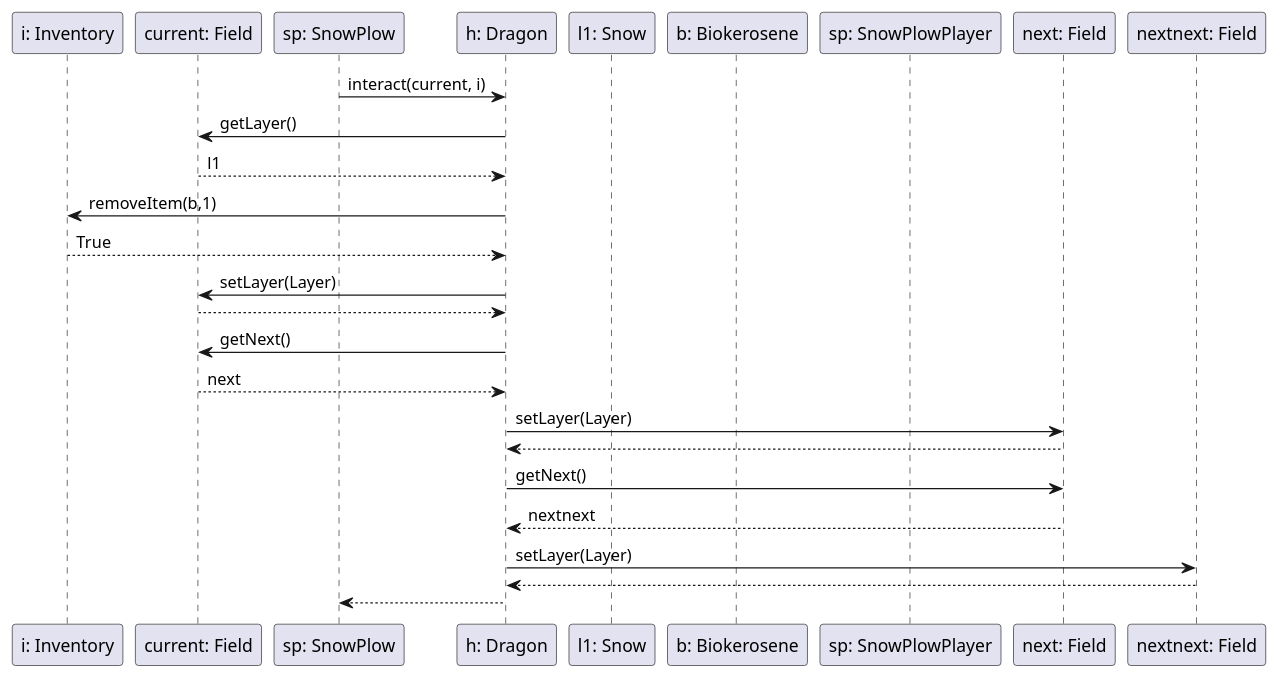
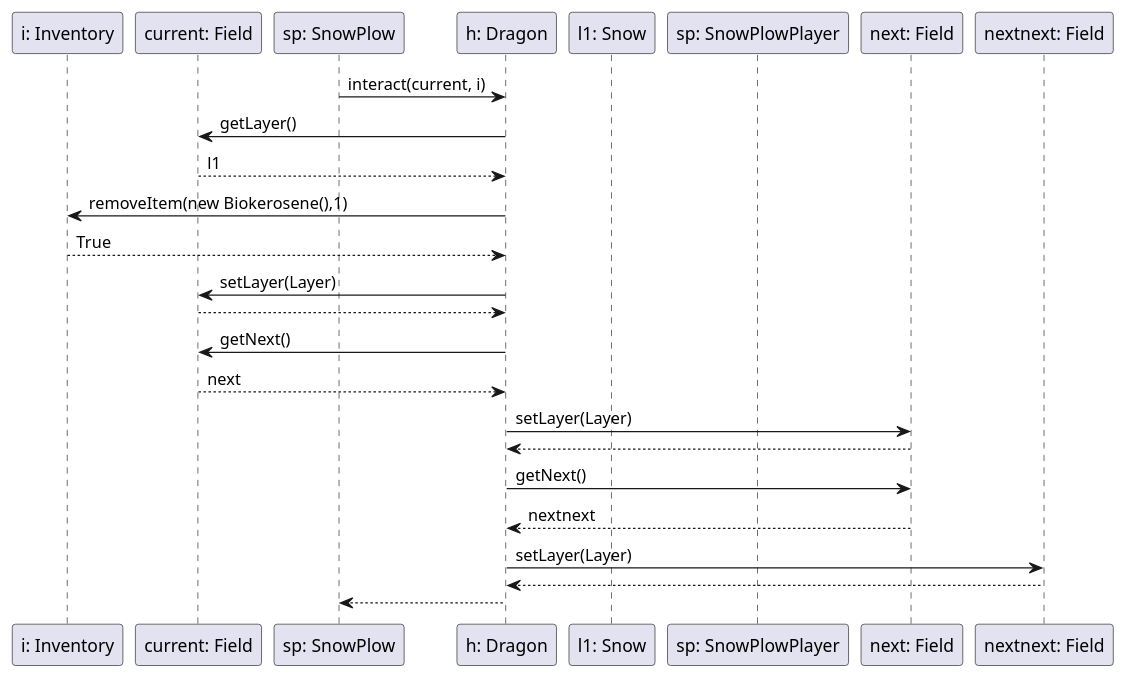
The diagram in docs/analizis1/sequence/dragon_snow_interact.plantuml (uhrinandor/spring), drawn with PlantUML before and after one commit. The commit also changed 7 other files, not shown here.

```diff
--- a/docs/analizis1/sequence/dragon_snow_interact.plantuml
+++ b/docs/analizis1/sequence/dragon_snow_interact.plantuml
@@ -1,29 +1,28 @@
 participant "i: Inventory"
 participant "current: Field"
 participant "sp: SnowPlow"
 participant "h: Dragon"
 participant "l1: Snow"
-participant "b: Biokerosene"
 participant "sp: SnowPlowPlayer"
 participant "next: Field"
 participant "nextnext: Field"
 
 "sp: SnowPlow" -> "h: Dragon": interact(current, i)
 "h: Dragon" -> "current: Field": getLayer()
 "current: Field" --> "h: Dragon": l1
-"h: Dragon" -> "i: Inventory": removeItem(b,1)
+"h: Dragon" -> "i: Inventory": removeItem(new Biokerosene(),1)
 "i: Inventory" --> "h: Dragon": True
 "h: Dragon" -> "current: Field":setLayer(Layer)
 "current: Field" --> "h: Dragon"
 
 
 "h: Dragon" -> "current: Field" : getNext()
 "current: Field" --> "h: Dragon": next
 "h: Dragon" -> "next: Field": setLayer(Layer)
 "next: Field" --> "h: Dragon"
 
 "h: Dragon" -> "next: Field" : getNext()
 "next: Field" --> "h: Dragon": nextnext
 "h: Dragon" -> "nextnext: Field": setLayer(Layer)
 "nextnext: Field" --> "h: Dragon"
 "h: Dragon" --> "sp: SnowPlow"
```
